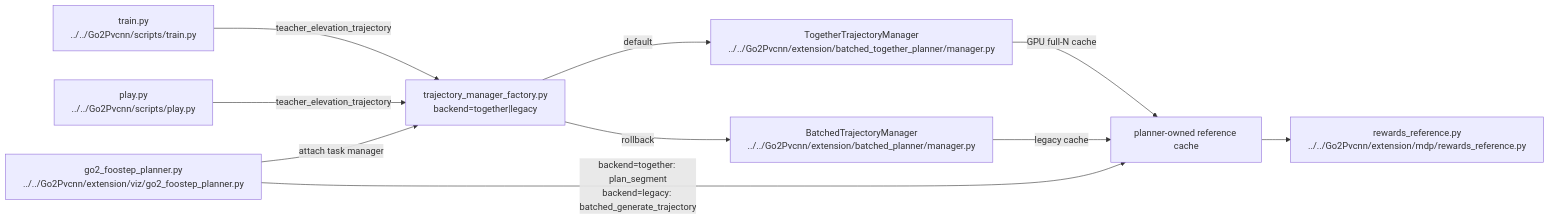
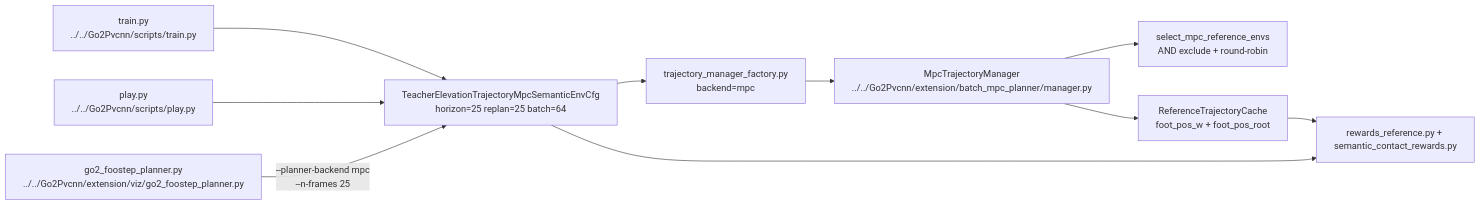
Before and after one commit to lukeyang117/Go2Pvcnn: the diagram in notes/human/human-12-batched-planner-train-viewer-commands.md, drawn with Mermaid. The commit also changed other lines of this file, not shown here.

Commit message:
docs: update mpc planner human commands

````diff
--- a/notes/human/human-12-batched-planner-train-viewer-commands.md
+++ b/notes/human/human-12-batched-planner-train-viewer-commands.md
@@ -30,21 +44,22 @@
 ```mermaid
 graph LR
     train["train.py\n../../Go2Pvcnn/scripts/train.py"]
     play["play.py\n../../Go2Pvcnn/scripts/play.py"]
     viewer["go2_foostep_planner.py\n../../Go2Pvcnn/extension/viz/go2_foostep_planner.py"]
-    factory["trajectory_manager_factory.py\nbackend=together|legacy"]
-    together["TogetherTrajectoryManager\n../../Go2Pvcnn/extension/batched_together_planner/manager.py"]
-    legacy["BatchedTrajectoryManager\n../../Go2Pvcnn/extension/batched_planner/manager.py"]
-    rewards["rewards_reference.py\n../../Go2Pvcnn/extension/mdp/rewards_reference.py"]
-    cache["planner-owned reference cache"]
+    cfg["TeacherElevationTrajectoryMpcSemanticEnvCfg\nhorizon=25 replan=25 batch=64"]
+    factory["trajectory_manager_factory.py\nbackend=mpc"]
+    manager["MpcTrajectoryManager\n../../Go2Pvcnn/extension/batch_mpc_planner/manager.py"]
+    selector["select_mpc_reference_envs\nAND exclude + round-robin"]
+    cache["ReferenceTrajectoryCache\nfoot_pos_w + foot_pos_root"]
+    rewards["rewards_reference.py + semantic_contact_rewards.py"]
 
-    train -->|"teacher_elevation_trajectory"| factory
-    play -->|"teacher_elevation_trajectory"| factory
-    viewer -->|"attach task manager"| factory
-    factory -->|"default"| together
-    factory -->|"rollback"| legacy
-    together -->|"GPU full-N cache"| cache
-    legacy -->|"legacy cache"| cache
+    train --> cfg
+    play --> cfg
+    viewer -->|"--planner-backend mpc\n--n-frames 25"| cfg
+    cfg --> factory
+    factory --> manager
+    manager --> selector
+    manager --> cache
     cache --> rewards
-    viewer -->|"backend=together: plan_segment\nbackend=legacy: batched_generate_trajectory"| cache
+    cfg --> rewards
 ```
````
